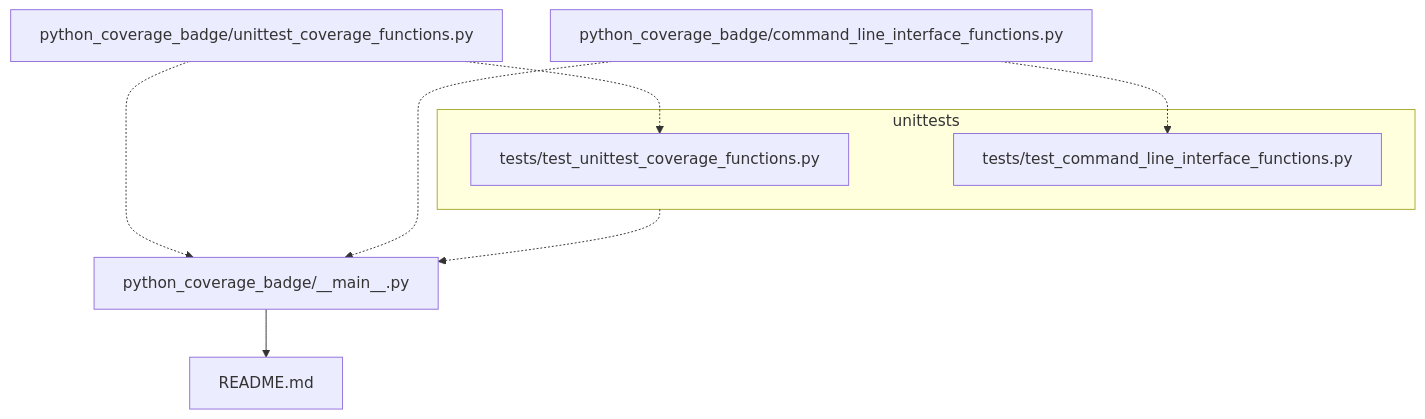
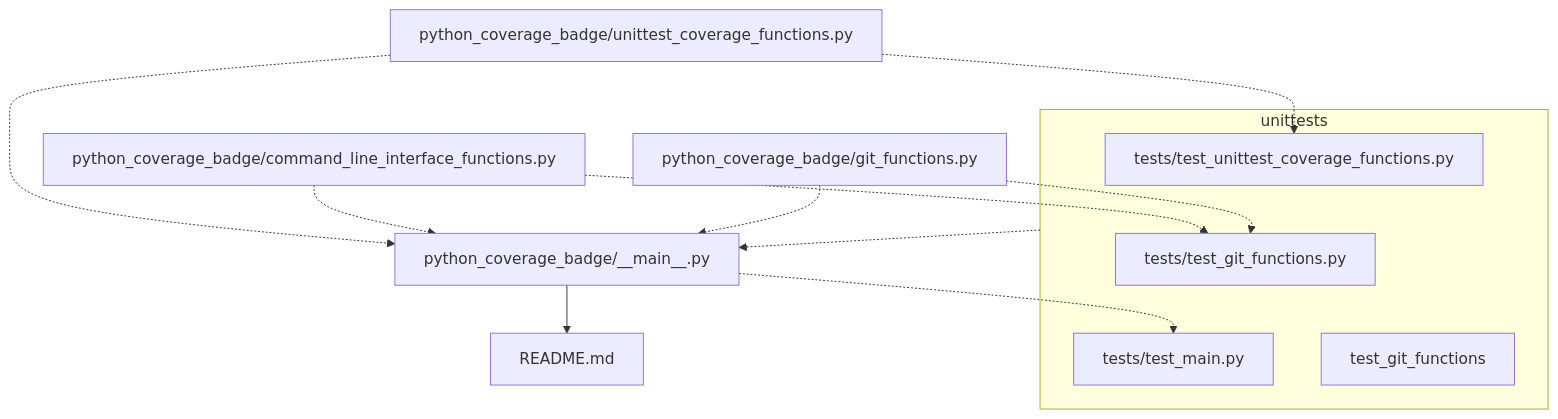
Before and after one commit to JosephCrispell/coverage_shield: the diagram in README.md, drawn with Mermaid. The commit also changed other lines of this file, not shown here.

Commit message:
Updated doctree and mermaid diagram

````diff
--- a/README.md
+++ b/README.md
@@ -94,13 +98,18 @@
 ```mermaid
   graph TD
     coverage_functions[python_coverage_badge/unittest_coverage_functions.py] .-> main[python_coverage_badge/__main__.py];
     coverage_functions .-> test_coverage[tests/test_unittest_coverage_functions.py];
     main --> readme[README.md];
+    main .-> test_main[tests/test_main.py];
     cli_functions[python_coverage_badge/command_line_interface_functions.py] .-> main;
     cli_functions .-> test_cli[tests/test_command_line_interface_functions.py];
+    git_functions[python_coverage_badge/git_functions.py] .-> main;
+    git_functions .-> test_cli[tests/test_git_functions.py];
     subgraph "unittests"
         test_coverage;
         test_cli;
+        test_git_functions;
+        test_main;
     end
     unittests .-> main
 ```
````
